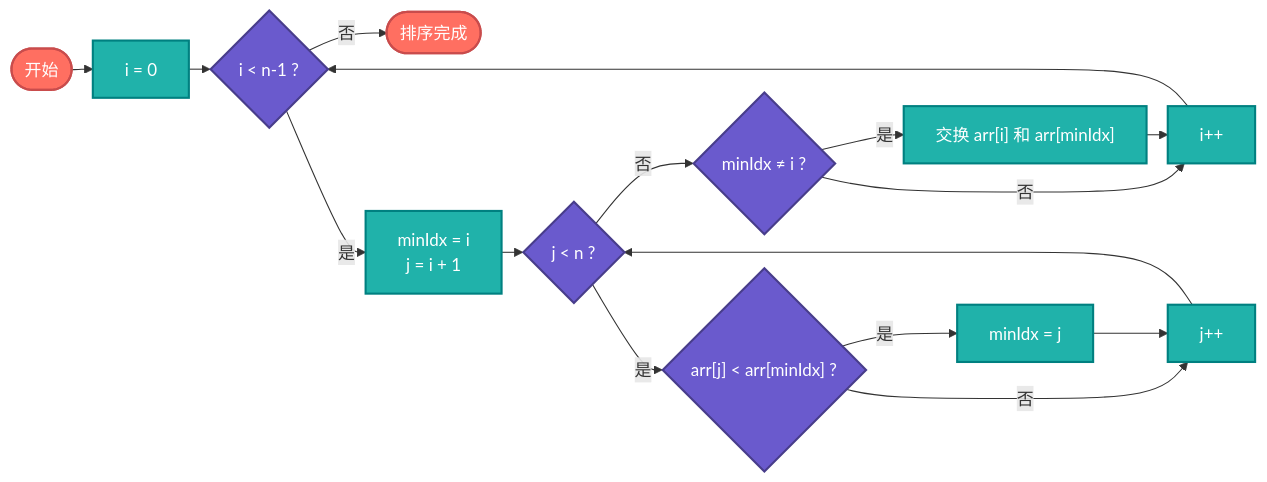
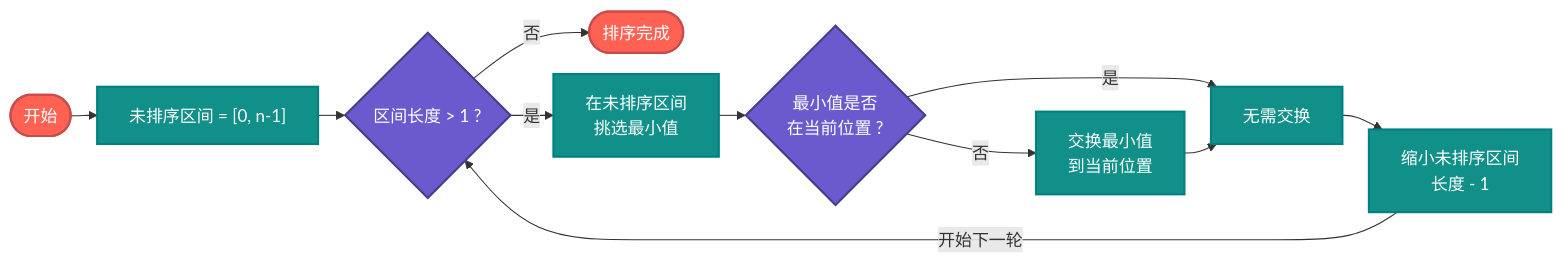
Before and after one commit to microwind/algorithms: the fourth of 15 diagrams in sorting/AI-Era-Top-10-Sorting-Algorithms.md, drawn with Mermaid. The commit also changed other lines of this file and 2 other files, not shown here.

````diff
--- a/sorting/AI-Era-Top-10-Sorting-Algorithms.md
+++ b/sorting/AI-Era-Top-10-Sorting-Algorithms.md
@@ -197,29 +202,29 @@
 ```mermaid
-%%{init: {'flowchart': {'nodeSpacing': 10, 'rankSpacing': 20, 'padding': 15}}}%%
+%%{init: {'flowchart': {'nodeSpacing': 20, 'rankSpacing': 25, 'padding': 15}}}%%
 graph LR
-    S(["开始"]) --> INIT["i = 0"]
-    INIT --> OUTER{"i < n-1 ?"}
+
+    S(["开始"]) --> INIT["未排序区间 = [0, n-1]"]
+
+    INIT --> OUTER{"区间长度 > 1 ?"}
     OUTER -->|"否"| END(["排序完成"])
-    OUTER -->|"是"| MIN["minIdx = i\nj = i + 1"]
-    MIN --> INNER{"j < n ?"}
-    INNER -->|"否"| DOSWAP{"minIdx ≠ i ?"}
-    DOSWAP -->|"是"| SWAP["交换 arr[i] 和 arr[minIdx]"]
-    DOSWAP -->|"否"| INC["i++"]
-    SWAP --> INC
-    INC --> OUTER
-    INNER -->|"是"| CMP{"arr[j] < arr[minIdx] ?"}
-    CMP -->|"是"| UPD["minIdx = j"]
-    CMP -->|"否"| JINC["j++"]
-    UPD --> JINC
-    JINC --> INNER
 
-    %% 风格节点
-    classDef start fill:#ff6f61,color:#fff,stroke:#c94c4c,stroke-width:2px
+    OUTER -->|"是"| FIND["在未排序区间<br>挑选最小值"]
+
+    FIND --> DOSWAP{"最小值是否<br>在当前位置 ?"}
+    DOSWAP -->|"否"| SWAP["交换最小值<br>到当前位置"]
+    DOSWAP -->|"是"| NEXT["无需交换"]
+
+    SWAP --> NEXT
+
+    NEXT --> SHRINK["缩小未排序区间<br>长度 - 1"]
+    SHRINK --> |"开始下一轮"| OUTER
+
+    %% 样式
+    classDef start fill:#FF6253,color:#fff,stroke:#c94c4c,stroke-width:2px
     classDef decision fill:#6a5acd,color:#fff,stroke:#483d8b,stroke-width:2px
-    classDef process fill:#20b2aa,color:#fff,stroke:#008080,stroke-width:2px
+    classDef process fill:#11908A,color:#fff,stroke:#008080,stroke-width:2px
 
-    %% 应用节点样式
     class S,END start
-    class OUTER,INNER,CMP,DOSWAP decision
-    class INIT,MIN,INC,JINC,UPD,SWAP process
+    class OUTER,DOSWAP decision
+    class INIT,FIND,SWAP,NEXT,SHRINK process
 ```
````
